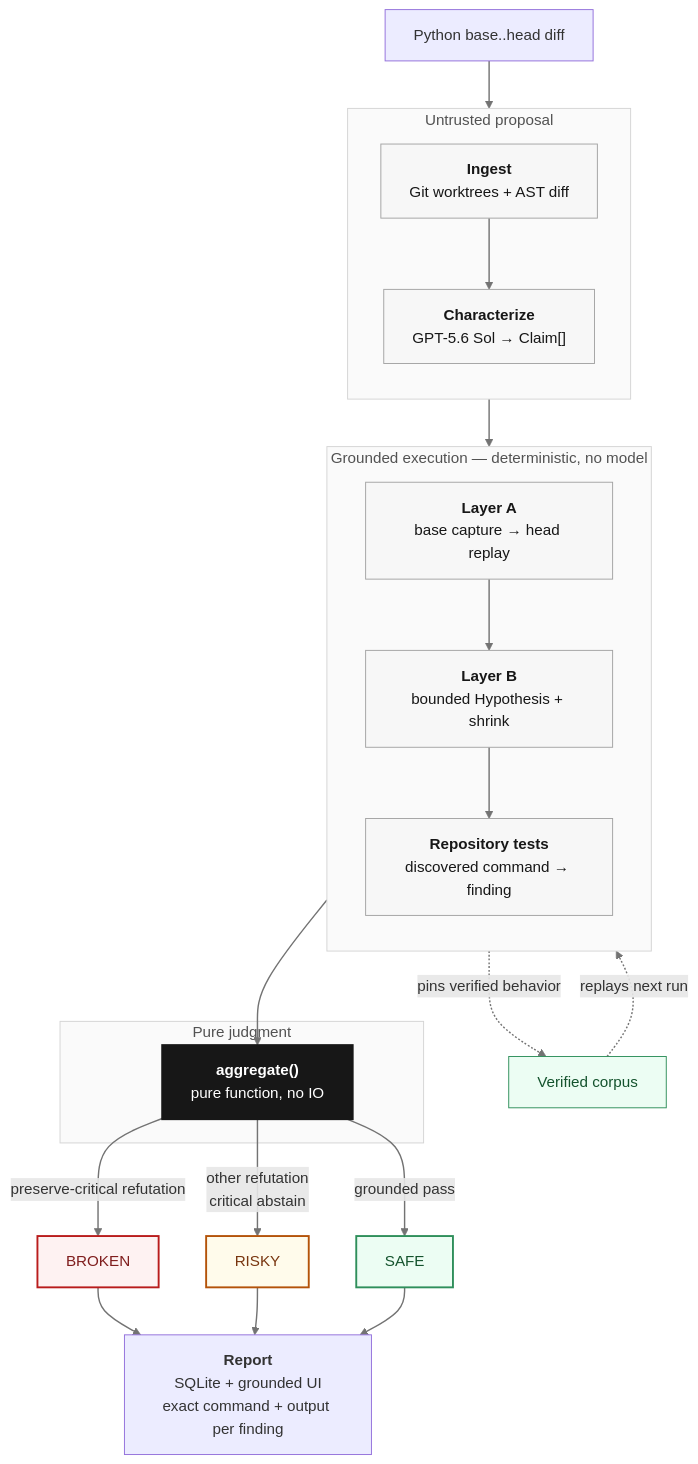
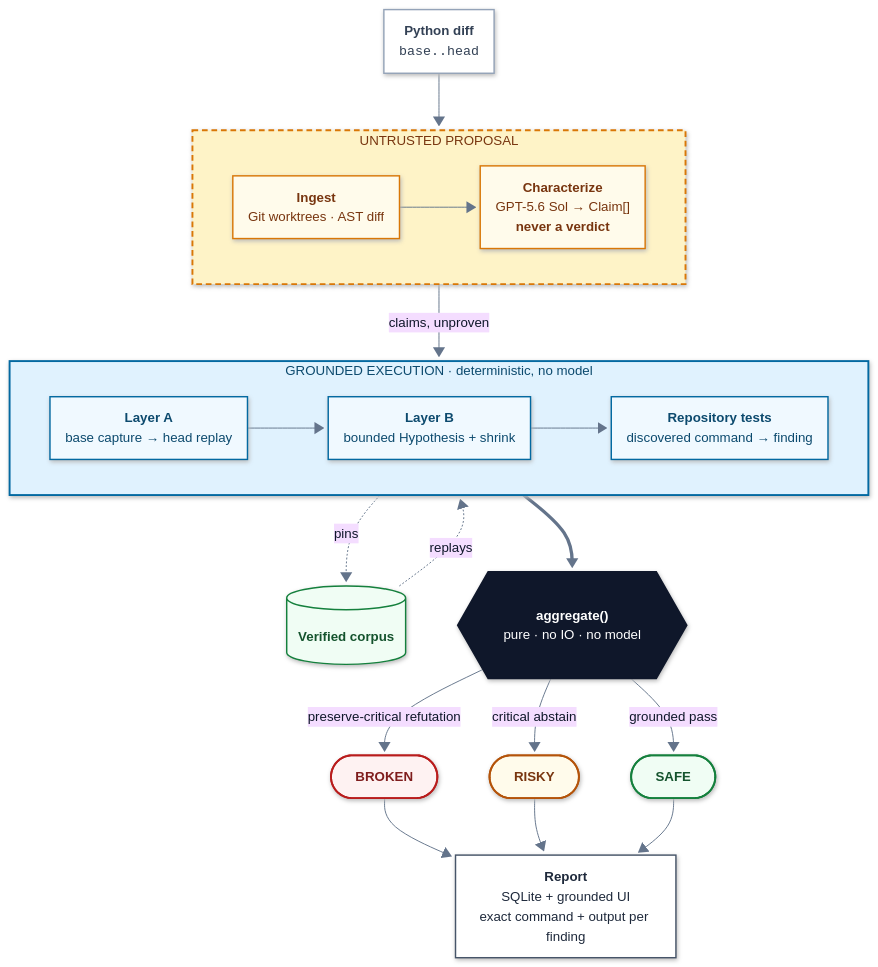
One commit to stefbuilds/cross-examine changed the diagram in README.md. Above: the diagram before and after it, drawn with Mermaid.

Commit message:
docs: clarify architecture trust boundary

````diff
--- a/README.md
+++ b/README.md
@@ -65,54 +65,68 @@
 ```mermaid
+---
+config:
+  theme: base
+  look: neo
+  layout: dagre
+  themeVariables:
+    fontFamily: 'ui-sans-serif, -apple-system, Segoe UI, sans-serif'
+    fontSize: 14px
+    lineColor: '#64748b'
+    primaryTextColor: '#0f172a'
+  flowchart:
+    curve: basis
+    nodeSpacing: 55
+    rankSpacing: 60
+    padding: 18
+    htmlLabels: true
+---
 flowchart TB
-  PR["Python base..head diff"] --> I
+  PR["<b>Python diff</b><br/><code>base..head</code>"]:::input
 
-  subgraph U["Untrusted proposal"]
-    direction TB
-    I["<b>Ingest</b><br/>Git worktrees + AST diff"] --> C["<b>Characterize</b><br/>GPT-5.6 Sol → Claim[]"]
+  subgraph U ["UNTRUSTED PROPOSAL"]
+    direction LR
+    I["<b>Ingest</b><br/>Git worktrees · AST diff"]:::untrusted
+    C["<b>Characterize</b><br/>GPT-5.6 Sol → Claim[]<br/><b>never a verdict</b>"]:::untrusted
+    I --> C
   end
 
-  C --> LA
-
-  subgraph EX["Grounded execution — deterministic, no model"]
-    direction TB
-    LA["<b>Layer A</b><br/>base capture → head replay"] --> LB["<b>Layer B</b><br/>bounded Hypothesis + shrink"]
-    LB --> RT["<b>Repository tests</b><br/>discovered command → finding"]
+  subgraph EX ["GROUNDED EXECUTION · deterministic, no model"]
+    direction LR
+    LA["<b>Layer A</b><br/>base capture → head replay"]:::grounded
+    LB["<b>Layer B</b><br/>bounded Hypothesis + shrink"]:::grounded
+    RT["<b>Repository tests</b><br/>discovered command → finding"]:::grounded
+    LA --> LB --> RT
   end
 
-  RT --> AG
+  P[("<b>Verified corpus</b>")]:::corpus
+  AG{{"<b>aggregate()</b><br/>pure · no IO · no model"}}:::pure
+  R["<b>Report</b><br/>SQLite + grounded UI<br/>exact command + output per finding"]:::report
 
-  subgraph J["Pure judgment"]
-    AG["<b>aggregate()</b><br/>pure function, no IO"]
-  end
+  PR --> I
+  C -- "claims, unproven" --> LA
+  RT ==> AG
 
-  AG -->|"preserve-critical refutation"| BROKEN["BROKEN"]
-  AG -->|"other refutation<br/>critical abstain"| RISKY["RISKY"]
-  AG -->|"grounded pass"| SAFE["SAFE"]
+  LA -. "pins" .-> P
+  P -. "replays" .-> LA
 
-  BROKEN --> R["<b>Report</b><br/>SQLite + grounded UI<br/>exact command + output per finding"]
+  AG -- "preserve-critical refutation" --> BROKEN(["<b>BROKEN</b>"]):::broken
+  AG -- "critical abstain" --> RISKY(["<b>RISKY</b>"]):::risky
+  AG -- "grounded pass" --> SAFE(["<b>SAFE</b>"]):::safe
+
+  BROKEN --> R
   RISKY --> R
   SAFE --> R
 
-  LA -.->|"pins verified behavior"| P["Verified corpus"]
-  P -.->|"replays next run"| LA
+  classDef input fill:#ffffff,stroke:#94a3b8,stroke-width:1.5px,color:#334155
+  classDef untrusted fill:#fffbeb,stroke:#d97706,stroke-width:1.5px,color:#78350f
+  classDef grounded fill:#f0f9ff,stroke:#0369a1,stroke-width:1.5px,color:#0c4a6e
+  classDef pure fill:#0f172a,stroke:#0f172a,stroke-width:2px,color:#ffffff
+  classDef corpus fill:#f0fdf4,stroke:#15803d,stroke-width:1.5px,color:#14532d
+  classDef report fill:#ffffff,stroke:#475569,stroke-width:1.5px,color:#1e293b
+  classDef broken fill:#fef2f2,stroke:#b91c1c,stroke-width:2px,color:#7f1d1d
+  classDef risky fill:#fffbeb,stroke:#b45309,stroke-width:2px,color:#78350f
+  classDef safe fill:#f0fdf4,stroke:#15803d,stroke-width:2px,color:#14532d
 
-  classDef untrusted fill:#f7f7f7,stroke:#a3a3a3,color:#171717,stroke-width:1px
-  classDef grounded fill:#f7f7f7,stroke:#a3a3a3,color:#171717,stroke-width:1px
-  classDef pure fill:#171717,stroke:#171717,color:#ffffff,stroke-width:2px
-  classDef broken fill:#fef2f2,stroke:#b91c1c,color:#7f1d1d,stroke-width:2px
-  classDef risky fill:#fffbeb,stroke:#b45309,color:#78350f,stroke-width:2px
-  classDef safe fill:#ecfdf3,stroke:#2f8f5b,color:#14532d,stroke-width:2px
-  classDef corpus fill:#ecfdf3,stroke:#2f8f5b,color:#14532d,stroke-width:1px
-
-  class I,C untrusted
-  class LA,LB,RT grounded
-  class AG pure
-  class BROKEN broken
-  class RISKY risky
-  class SAFE safe
-  class P corpus
-  style U fill:#fafafa,stroke:#d4d4d4,stroke-width:1px,color:#525252
-  style EX fill:#fafafa,stroke:#d4d4d4,stroke-width:1px,color:#525252
-  style J fill:#fafafa,stroke:#d4d4d4,stroke-width:1px,color:#525252
-  linkStyle default stroke:#737373,stroke-width:1.5px
+  style U fill:#fef3c7,stroke:#d97706,stroke-width:2px,stroke-dasharray:6 4,color:#78350f
+  style EX fill:#e0f2fe,stroke:#0369a1,stroke-width:2px,color:#0c4a6e
 ```
````
